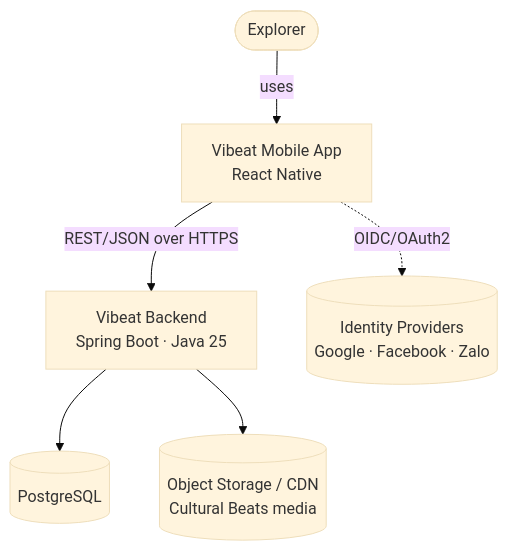
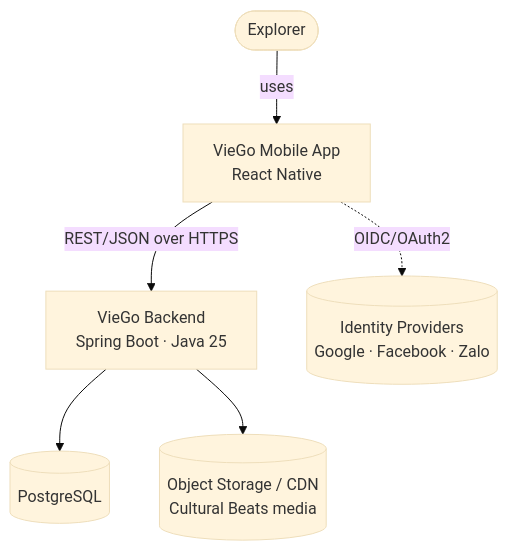
One commit to Vie-Go/viego-monorepo changed the diagram in docs/01-product-documentation/02-authored-system-documentation/software-architecture-document/README.md. Above: the diagram before and after it, drawn with Mermaid (base theme). The commit also changed other lines of this file and 85 other files, not shown here.

````diff
--- a/docs/01-product-documentation/02-authored-system-documentation/software-architecture-document/README.md
+++ b/docs/01-product-documentation/02-authored-system-documentation/software-architecture-document/README.md
@@ -41,8 +41,8 @@
 ```mermaid
 flowchart TD
-  Explorer([Explorer]) -->|uses| App[Vibeat Mobile App\nReact Native]
-  App -->|REST/JSON over HTTPS| API[Vibeat Backend\nSpring Boot · Java 25]
+  Explorer([Explorer]) -->|uses| App[VieGo Mobile App\nReact Native]
+  App -->|REST/JSON over HTTPS| API[VieGo Backend\nSpring Boot · Java 25]
   App -.->|OIDC/OAuth2| IdP[(Identity Providers\nGoogle · Facebook · Zalo)]
   API --> DB[(PostgreSQL)]
   API --> Media[(Object Storage / CDN\nCultural Beats media)]
 ```
````
